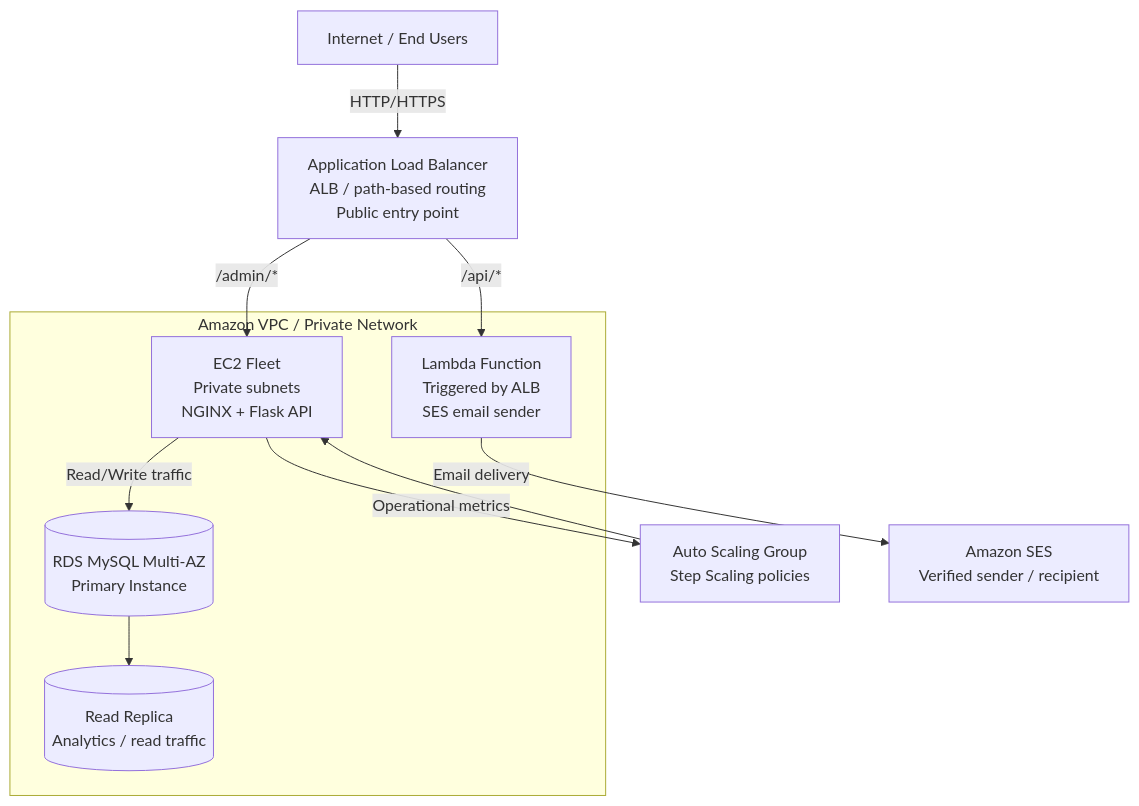
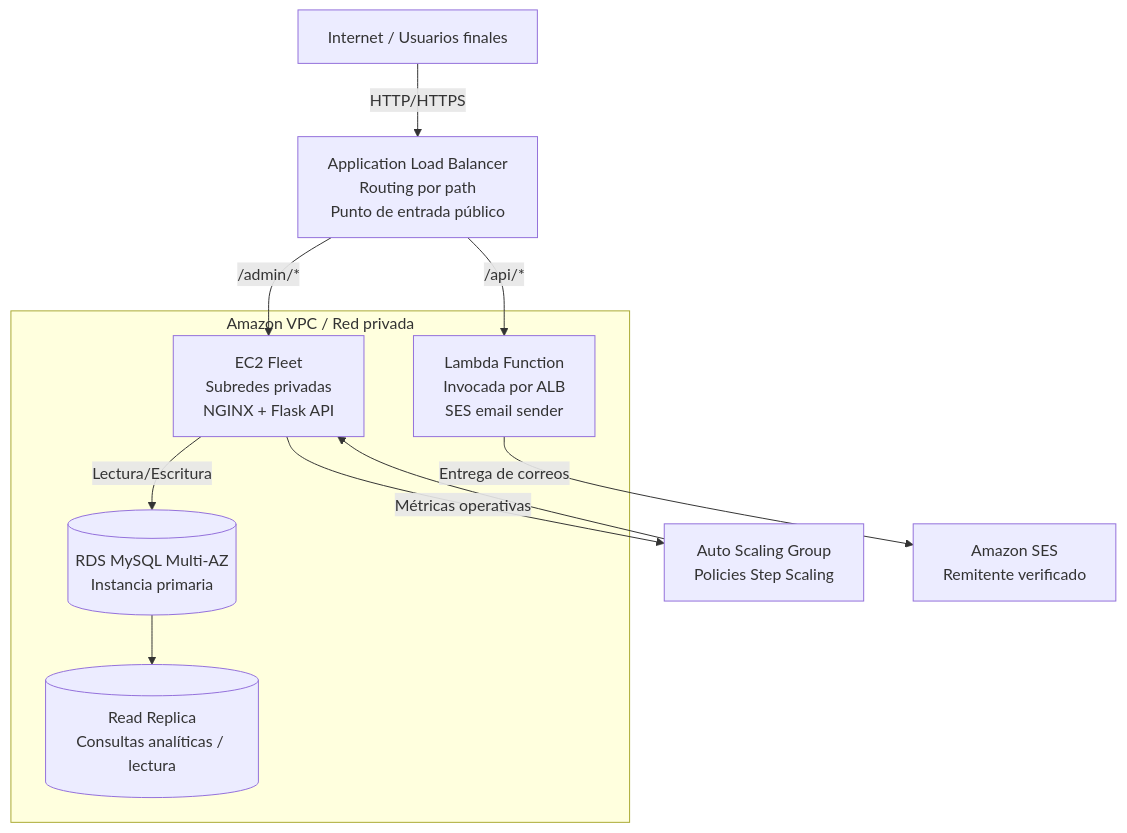
One commit to oskar-ortiz/aws_proyecto changed the diagram in README.md. Above: the diagram before and after it, drawn with Mermaid. The commit also changed other lines of this file, not shown here.

Commit message:
docs: standardize repository documentation to Spanish enterprise standard and remove redundant diagrams

````diff
--- a/README.md
+++ b/README.md
@@ -20,31 +12,21 @@
 ```mermaid
 flowchart TD
-    Internet[Internet / End Users] -->|HTTP/HTTPS| ALB[Application Load Balancer
-ALB / path-based routing
-Public entry point]
+    Internet[Internet / Usuarios finales] -->|HTTP/HTTPS| ALB[Application Load Balancer<br/>Routing por path<br/>Punto de entrada público]
 
-    ALB -->|/admin/*| EC2[EC2 Fleet
-Private subnets
-NGINX + Flask API]
-    ALB -->|/api/*| Lambda[Lambda Function
-Triggered by ALB
-SES email sender]
+    ALB -->|/admin/*| EC2[EC2 Fleet<br/>Subredes privadas<br/>NGINX + Flask API]
+    ALB -->|/api/*| Lambda[Lambda Function<br/>Invocada por ALB<br/>SES email sender]
 
-    EC2 -->|Read/Write traffic| RDS[(RDS MySQL Multi-AZ
-Primary Instance)]
-    RDS --> Replica[(Read Replica
-Analytics / read traffic)]
-    Lambda -->|Email delivery| SES[Amazon SES
-Verified sender / recipient]
+    EC2 -->|Lectura/Escritura| RDS[(RDS MySQL Multi-AZ<br/>Instancia primaria)]
+    RDS --> Replica[(Read Replica<br/>Consultas analíticas / lectura)]
+    Lambda -->|Entrega de correos| SES[Amazon SES<br/>Remitente verificado]
 
-    EC2 -->|Operational metrics| ASG[Auto Scaling Group
-Step Scaling policies]
+    EC2 -->|Métricas operativas| ASG[Auto Scaling Group<br/>Policies Step Scaling]
     ASG --> EC2
 
-    subgraph VPC[Amazon VPC / Private Network]
+    subgraph VPC[Amazon VPC / Red privada]
         EC2
         Lambda
         RDS
         Replica
     end
 ```
````
